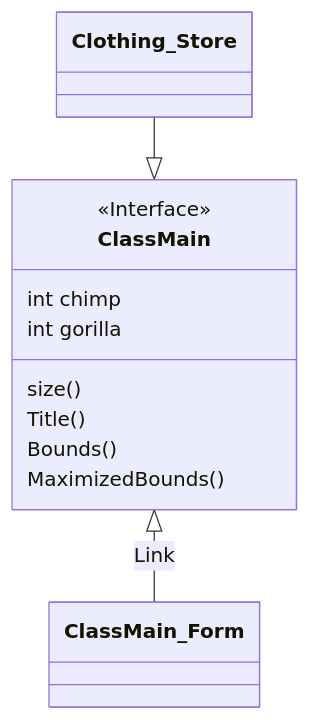
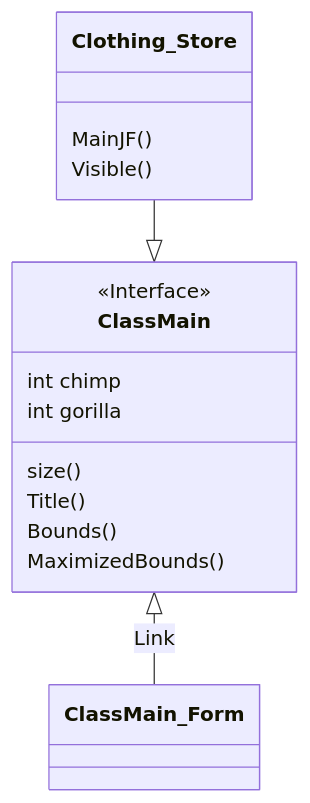
Before and after one commit to kawin101/Java_GUI_CRUD_CSV: the third of 3 diagrams in README.md, drawn with Mermaid.

````diff
--- a/README.md
+++ b/README.md
@@ -33,13 +33,15 @@
 ```mermaid
 classDiagram
 ClassMain <|-- ClassMain_Form : Link
 <<Interface>> ClassMain
 Clothing_Store --|> ClassMain
+Clothing_Store : MainJF()
+Clothing_Store : Visible()
 ClassMain : size()
 ClassMain : Title()
 ClassMain : Bounds()
 ClassMain : MaximizedBounds()
 ClassMain : int chimp
 ClassMain : int gorilla
 
 ```
````
